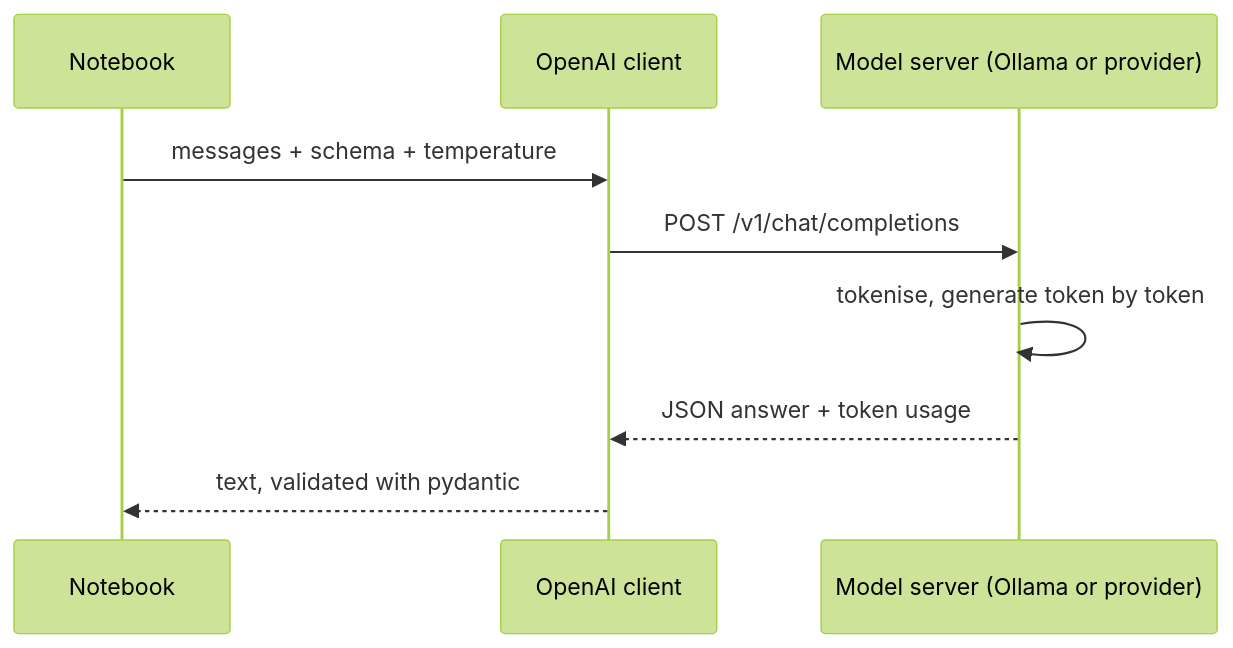
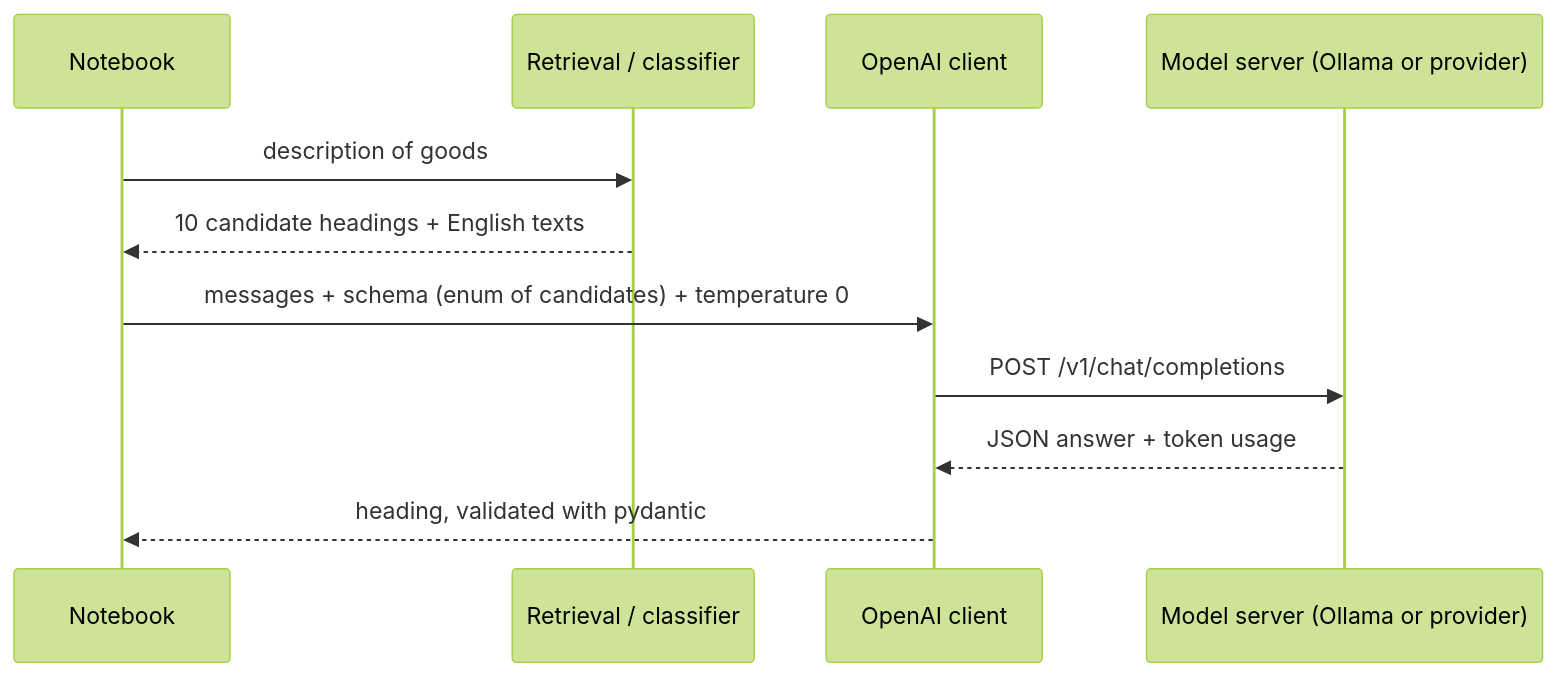
The first of 2 diagrams in sessions/14-llms-and-embeddings/theory/03-generative-models-through-an-api.md (khoadaniel/statistical-programming-mpmd-htw-ws-2026), drawn with Mermaid (forest theme) before and after one commit. The commit also changed other lines of this file and 268 other files, not shown here.

````diff
--- a/sessions/14-llms-and-embeddings/theory/03-generative-models-through-an-api.md
+++ b/sessions/14-llms-and-embeddings/theory/03-generative-models-through-an-api.md
@@ -16,11 +16,13 @@
 ```mermaid
 sequenceDiagram
     participant N as Notebook
+    participant R as Retrieval / classifier
     participant C as OpenAI client
     participant S as Model server (Ollama or provider)
-    N->>C: messages + schema + temperature
+    N->>R: description of goods
+    R-->>N: 10 candidate headings + English texts
+    N->>C: messages + schema (enum of candidates) + temperature 0
     C->>S: POST /v1/chat/completions
-    S->>S: tokenise, generate token by token
     S-->>C: JSON answer + token usage
-    C-->>N: text, validated with pydantic
+    C-->>N: heading, validated with pydantic
 ```
````
